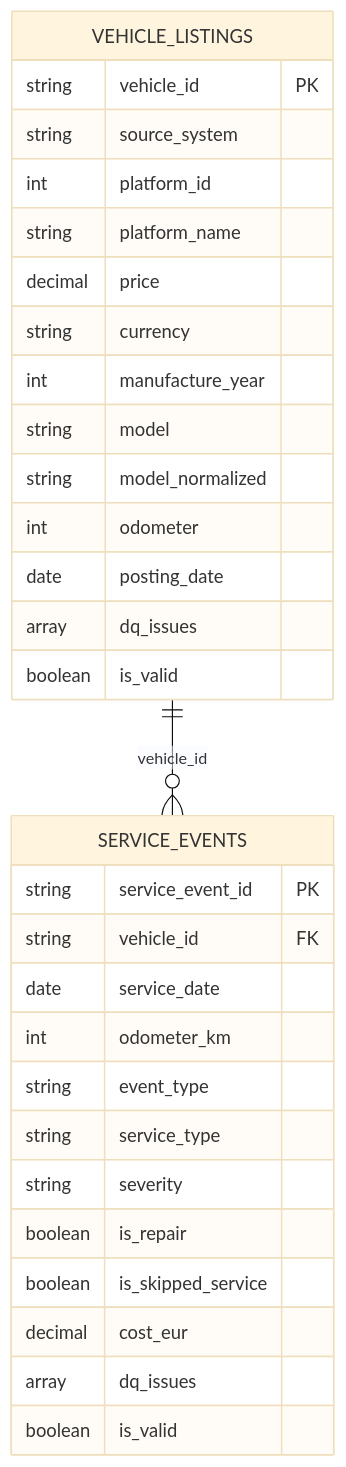
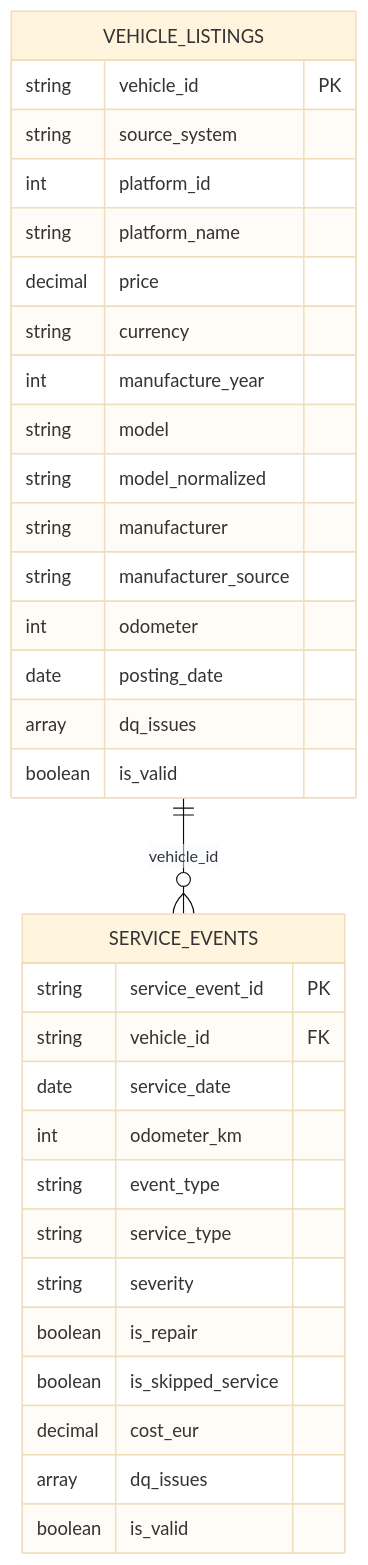
Before and after one commit to StrahinjaVuckovic/used-cars-pipeline: the diagram in documentation/silver_data_model.md, drawn with Mermaid (base theme). The commit also changed other lines of this file and 8 other files, not shown here.

````diff
--- a/documentation/silver_data_model.md
+++ b/documentation/silver_data_model.md
@@ -102,33 +104,35 @@
 ```mermaid
 erDiagram
     VEHICLE_LISTINGS ||--o{ SERVICE_EVENTS : "vehicle_id"
     VEHICLE_LISTINGS {
         string vehicle_id PK
         string source_system
         int platform_id
         string platform_name
         decimal price
         string currency
         int manufacture_year
         string model
         string model_normalized
+        string manufacturer
+        string manufacturer_source
         int odometer
         date posting_date
         array dq_issues
         boolean is_valid
     }
     SERVICE_EVENTS {
         string service_event_id PK
         string vehicle_id FK
         date service_date
         int odometer_km
         string event_type
         string service_type
         string severity
         boolean is_repair
         boolean is_skipped_service
         decimal cost_eur
         array dq_issues
         boolean is_valid
     }
 ```
````
